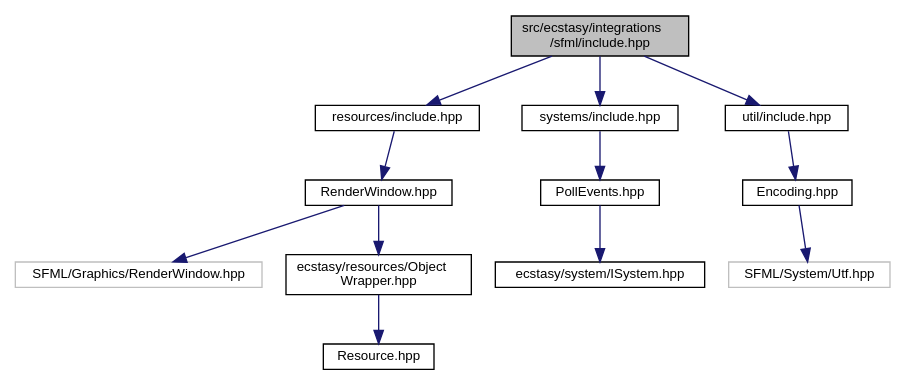
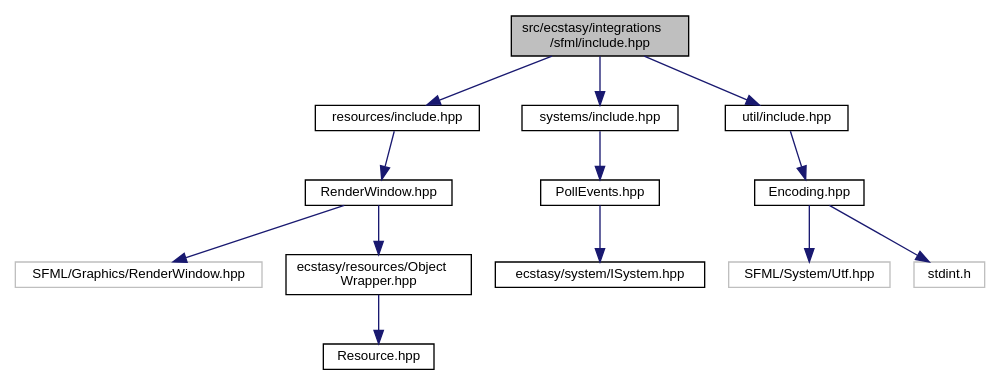
Before and after one commit to AndreasLrx/ecstasy: the diagram in integrations_2sfml_2include_8hpp__incl.dot, drawn with Graphviz. The commit also changed 29 other files, not shown here.

```diff
--- a/integrations_2sfml_2include_8hpp__incl.dot
+++ b/integrations_2sfml_2include_8hpp__incl.dot
@@ -1,29 +1,31 @@
 digraph "src/ecstasy/integrations/sfml/include.hpp"
 {
  // LATEX_PDF_SIZE
   edge [fontname="Helvetica",fontsize="10",labelfontname="Helvetica",labelfontsize="10"];
   node [fontname="Helvetica",fontsize="10",shape=record];
   Node1 [label="src/ecstasy/integrations\l/sfml/include.hpp",height=0.2,width=0.4,color="black", fillcolor="grey75", style="filled", fontcolor="black",tooltip=" "];
   Node1 -> Node2 [color="midnightblue",fontsize="10",style="solid",fontname="Helvetica"];
   Node2 [label="resources/include.hpp",height=0.2,width=0.4,color="black", fillcolor="white", style="filled",URL="$integrations_2sfml_2resources_2include_8hpp.html",tooltip=" "];
   Node2 -> Node3 [color="midnightblue",fontsize="10",style="solid",fontname="Helvetica"];
   Node3 [label="RenderWindow.hpp",height=0.2,width=0.4,color="black", fillcolor="white", style="filled",URL="$_render_window_8hpp.html",tooltip=" "];
   Node3 -> Node4 [color="midnightblue",fontsize="10",style="solid",fontname="Helvetica"];
   Node4 [label="SFML/Graphics/RenderWindow.hpp",height=0.2,width=0.4,color="grey75", fillcolor="white", style="filled",tooltip=" "];
   Node3 -> Node5 [color="midnightblue",fontsize="10",style="solid",fontname="Helvetica"];
   Node5 [label="ecstasy/resources/Object\lWrapper.hpp",height=0.2,width=0.4,color="black", fillcolor="white", style="filled",URL="$_object_wrapper_8hpp.html",tooltip=" "];
   Node5 -> Node6 [color="midnightblue",fontsize="10",style="solid",fontname="Helvetica"];
   Node6 [label="Resource.hpp",height=0.2,width=0.4,color="black", fillcolor="white", style="filled",URL="$_resource_8hpp.html",tooltip=" "];
   Node1 -> Node7 [color="midnightblue",fontsize="10",style="solid",fontname="Helvetica"];
   Node7 [label="systems/include.hpp",height=0.2,width=0.4,color="black", fillcolor="white", style="filled",URL="$integrations_2sfml_2systems_2include_8hpp.html",tooltip=" "];
   Node7 -> Node8 [color="midnightblue",fontsize="10",style="solid",fontname="Helvetica"];
   Node8 [label="PollEvents.hpp",height=0.2,width=0.4,color="black", fillcolor="white", style="filled",URL="$_poll_events_8hpp.html",tooltip=" "];
   Node8 -> Node9 [color="midnightblue",fontsize="10",style="solid",fontname="Helvetica"];
   Node9 [label="ecstasy/system/ISystem.hpp",height=0.2,width=0.4,color="black", fillcolor="white", style="filled",URL="$_i_system_8hpp.html",tooltip=" "];
   Node1 -> Node10 [color="midnightblue",fontsize="10",style="solid",fontname="Helvetica"];
   Node10 [label="util/include.hpp",height=0.2,width=0.4,color="black", fillcolor="white", style="filled",URL="$integrations_2sfml_2util_2include_8hpp.html",tooltip=" "];
   Node10 -> Node11 [color="midnightblue",fontsize="10",style="solid",fontname="Helvetica"];
   Node11 [label="Encoding.hpp",height=0.2,width=0.4,color="black", fillcolor="white", style="filled",URL="$_encoding_8hpp.html",tooltip=" "];
   Node11 -> Node12 [color="midnightblue",fontsize="10",style="solid",fontname="Helvetica"];
   Node12 [label="SFML/System/Utf.hpp",height=0.2,width=0.4,color="grey75", fillcolor="white", style="filled",tooltip=" "];
+  Node11 -> Node13 [color="midnightblue",fontsize="10",style="solid",fontname="Helvetica"];
+  Node13 [label="stdint.h",height=0.2,width=0.4,color="grey75", fillcolor="white", style="filled",tooltip=" "];
 }
```
